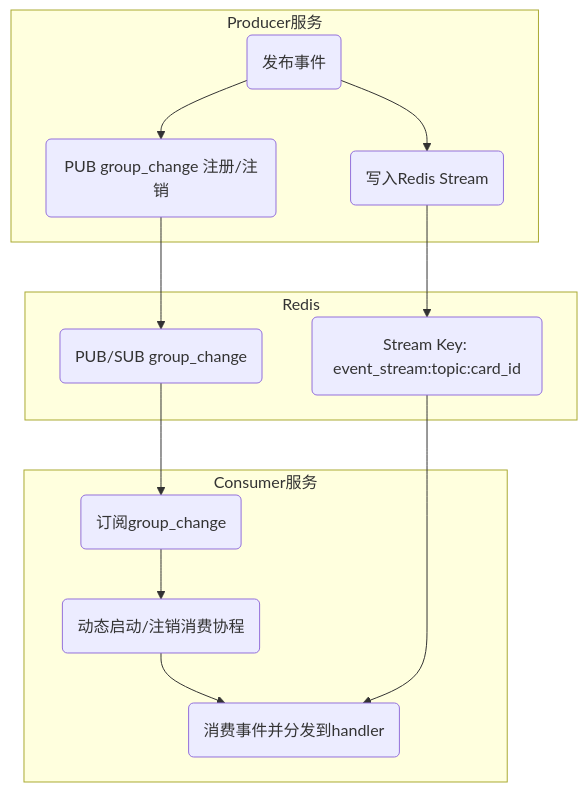
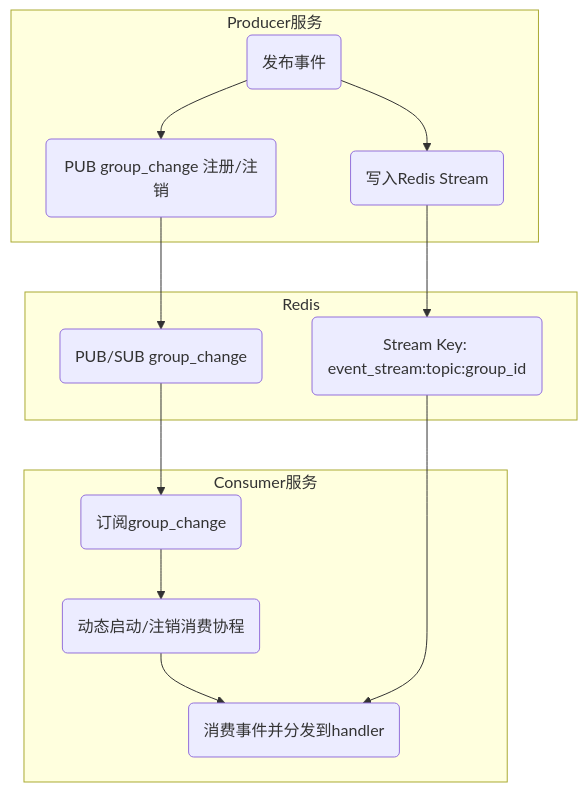
Before and after one commit to bezhai/inner_bot_server: the third of 3 diagrams in docs/event_system.md, drawn with Mermaid. The commit also changed other lines of this file, not shown here.

Commit message:
docs(event-system): 统一三种事件模式文档结构，补充流程图，修正Redis配置说明为直接复用系统实例

````diff
--- a/docs/event_system.md
+++ b/docs/event_system.md
@@ -189,22 +152,22 @@
 ```mermaid
 flowchart TD
     subgraph Producer服务
       A1(发布事件) --> A2(写入Redis Stream)
       A1 --> A3(PUB group_change 注册/注销)
     end
     subgraph Redis
-      B1(Stream Key: event_stream:topic:card_id)
+      B1(Stream Key: event_stream:topic:group_id)
       B2(PUB/SUB group_change)
     end
     subgraph Consumer服务
       C1(订阅group_change)
       C2(动态启动/注销消费协程)
       C3(消费事件并分发到handler)
     end
     A2 --> B1
     A3 --> B2
     B2 --> C1
     C1 --> C2
     C2 --> C3
     B1 --> C3
 ```
````
